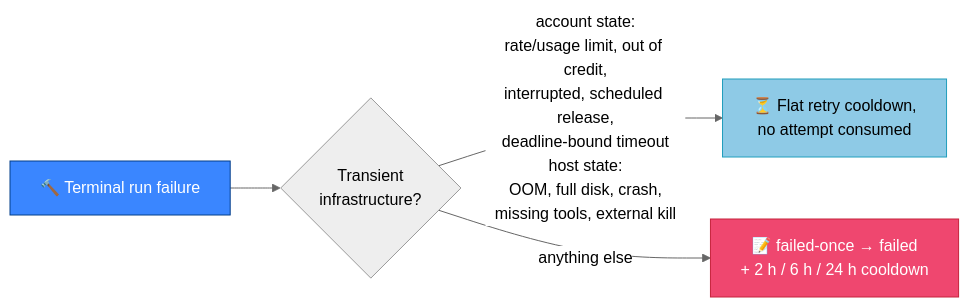
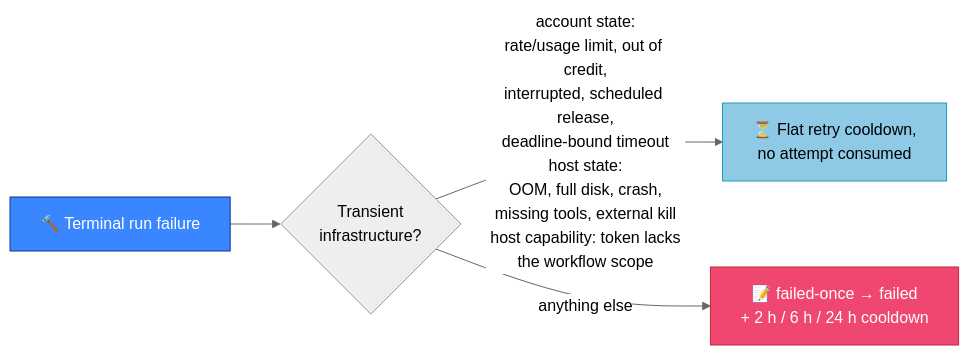
Before and after one commit to stSoftwareAU/VibeCoder: the second of 4 diagrams in docs/USAGE.md, drawn with Mermaid (neutral theme). The commit also changed other lines of this file and 7 other files, not shown here.

First line of the commit message:
Release a token-scope refusal for a capable host (#2689)

````diff
--- a/docs/USAGE.md
+++ b/docs/USAGE.md
@@ -308,10 +313,10 @@
 ```mermaid
 flowchart LR
     F["🔨 Terminal run failure"] --> C{"Transient<br/>infrastructure?"}
-    C -->|"account state:<br/>rate/usage limit, out of credit,<br/>interrupted, scheduled release,<br/>deadline-bound timeout<br/>host state:<br/>OOM, full disk, crash,<br/>missing tools, external kill"| T["⏳ Flat retry cooldown,<br/>no attempt consumed"]
+    C -->|"account state:<br/>rate/usage limit, out of credit,<br/>interrupted, scheduled release,<br/>deadline-bound timeout<br/>host state:<br/>OOM, full disk, crash,<br/>missing tools, external kill<br/>host capability: token lacks<br/>the workflow scope"| T["⏳ Flat retry cooldown,<br/>no attempt consumed"]
     C -->|"anything else"| L["📝 failed-once → failed<br/>+ 2 h / 6 h / 24 h cooldown"]
 
     style F fill:#3a86ff,stroke:#023e8a,color:#fff
     style T fill:#8ecae6,stroke:#219ebc,color:#000
     style L fill:#ef476f,stroke:#c5233c,color:#fff
 ```
````
